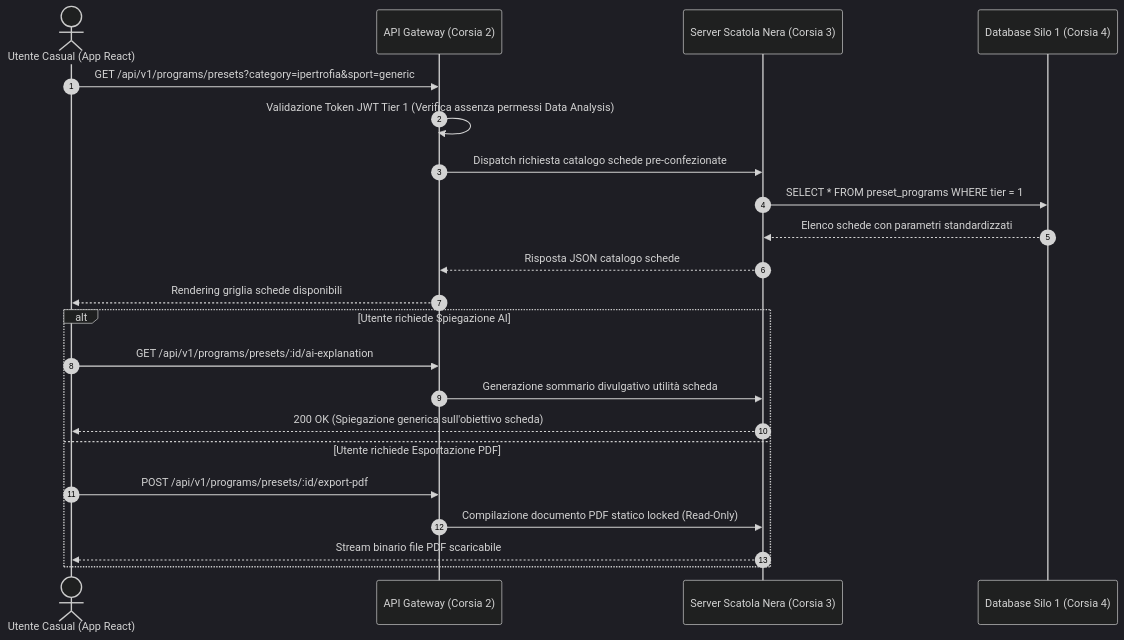
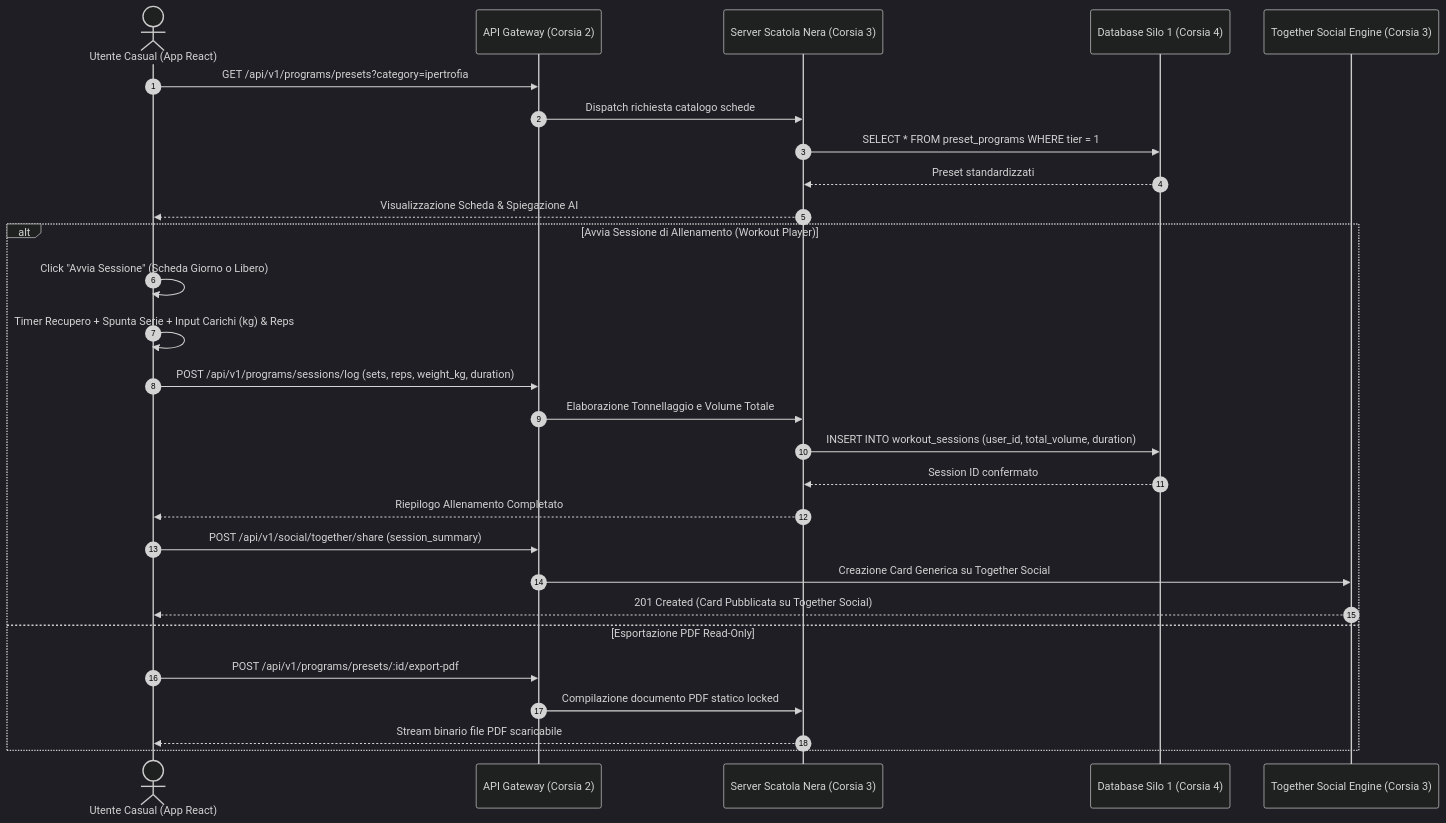
One commit to sportscience2025-star/Sports-Analytics-Platform---T7-Workout-APP changed the first of 2 diagrams in architecture-blueprint/00-capitolato-tecnico-e-glossario/03-software-1-flow-3a-workout-player.md. Above: the diagram before and after it, drawn with Mermaid (dark theme). The commit also changed other lines of this file and 11 other files, not shown here.

Commit message:
feat(programming): add workout player, gym interface and together social sharing across tiers 1-3

````diff
--- a/architecture-blueprint/00-capitolato-tecnico-e-glossario/03-software-1-flow-3a-workout-player.md
+++ b/architecture-blueprint/00-capitolato-tecnico-e-glossario/03-software-1-flow-3a-workout-player.md
@@ -48,26 +64,32 @@
 ```mermaid
 sequenceDiagram
     autonumber
     actor Utente as Utente Casual (App React)
     participant GW as API Gateway (Corsia 2)
     participant SRV as Server Scatola Nera (Corsia 3)
     participant DB as Database Silo 1 (Corsia 4)
+    participant SOC as Together Social Engine (Corsia 3)
 
-    Utente->>GW: GET /api/v1/programs/presets?category=ipertrofia&sport=generic
-    GW->>GW: Validazione Token JWT Tier 1 (Verifica assenza permessi Data Analysis)
-    GW->>SRV: Dispatch richiesta catalogo schede pre-confezionate
+    Utente->>GW: GET /api/v1/programs/presets?category=ipertrofia
+    GW->>SRV: Dispatch richiesta catalogo schede
     SRV->>DB: SELECT * FROM preset_programs WHERE tier = 1
-    DB-->>SRV: Elenco schede con parametri standardizzati
-    SRV-->>GW: Risposta JSON catalogo schede
-    GW-->>Utente: Rendering griglia schede disponibili
+    DB-->>SRV: Preset standardizzati
+    SRV-->>Utente: Visualizzazione Scheda & Spiegazione AI
 
-    alt Utente richiede Spiegazione AI
-        Utente->>GW: GET /api/v1/programs/presets/:id/ai-explanation
-        GW->>SRV: Generazione sommario divulgativo utilità scheda
-        SRV-->>Utente: 200 OK (Spiegazione generica sull'obiettivo scheda)
-    else Utente richiede Esportazione PDF
+    alt Avvia Sessione di Allenamento (Workout Player)
+        Utente->>Utente: Click "Avvia Sessione" (Scheda Giorno o Libero)
+        Utente->>Utente: Timer Recupero + Spunta Serie + Input Carichi (kg) & Reps
+        Utente->>GW: POST /api/v1/programs/sessions/log (sets, reps, weight_kg, duration)
+        GW->>SRV: Elaborazione Tonnellaggio e Volume Totale
+        SRV->>DB: INSERT INTO workout_sessions (user_id, total_volume, duration)
+        DB-->>SRV: Session ID confermato
+        SRV-->>Utente: Riepilogo Allenamento Completato
+        Utente->>GW: POST /api/v1/social/together/share (session_summary)
+        GW->>SOC: Creazione Card Generica su Together Social
+        SOC-->>Utente: 201 Created (Card Pubblicata su Together Social)
+    else Esportazione PDF Read-Only
         Utente->>GW: POST /api/v1/programs/presets/:id/export-pdf
-        GW->>SRV: Compilazione documento PDF statico locked (Read-Only)
+        GW->>SRV: Compilazione documento PDF statico locked
         SRV-->>Utente: Stream binario file PDF scaricabile
     end
 ```
````
